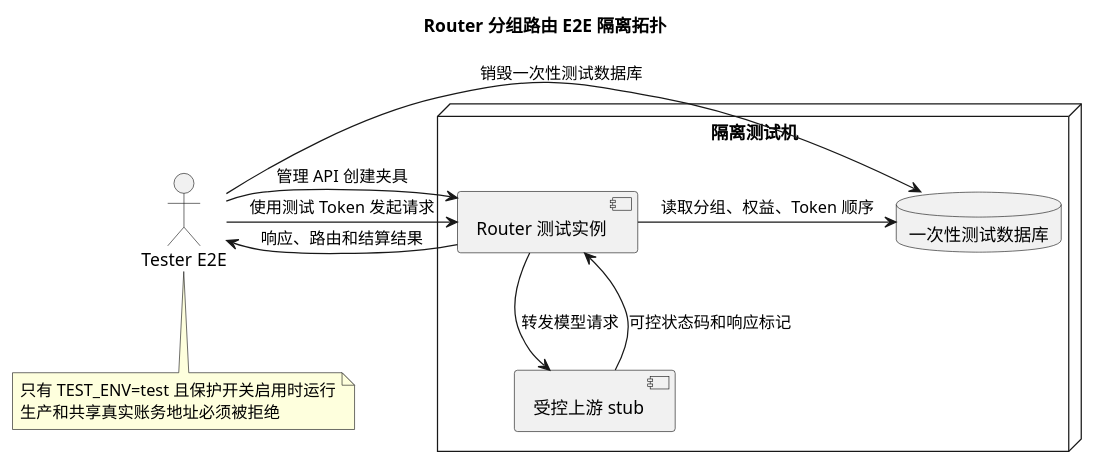
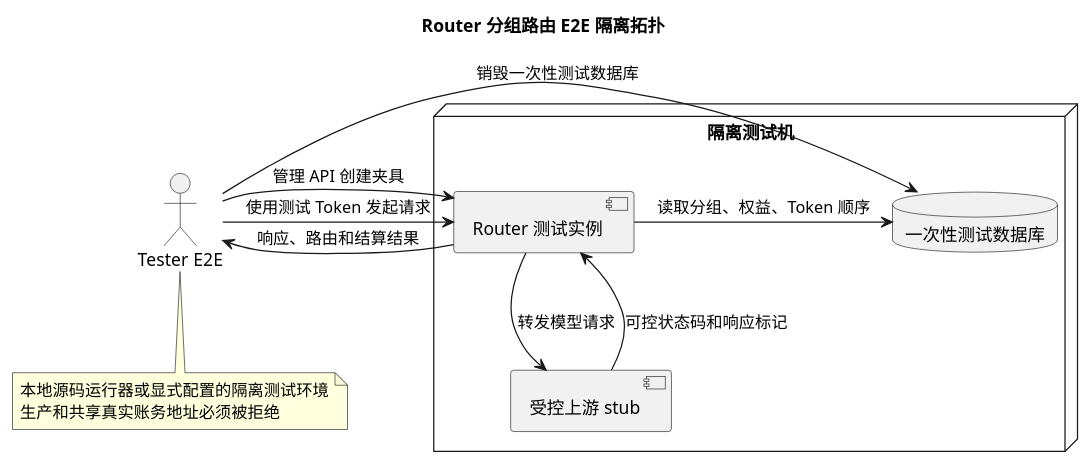
Before and after one commit to liuppx/tester: the first of 2 diagrams in docs/test-cases/router.md, drawn with PlantUML. The commit also changed other lines of this file and 3 other files, not shown here.

````diff
--- a/docs/test-cases/router.md
+++ b/docs/test-cases/router.md
@@ -1368,23 +1368,23 @@
 ```plantuml
 @startuml
 title Router 分组路由 E2E 隔离拓扑
 actor "Tester E2E" as Tester
 node "隔离测试机" {
   component "受控上游 stub" as Stub
   component "Router 测试实例" as Router
   database "一次性测试数据库" as DB
 }
 
 Tester -> Router: 管理 API 创建夹具
 Tester -> Router: 使用测试 Token 发起请求
 Router -> DB: 读取分组、权益、Token 顺序
 Router -> Stub: 转发模型请求
 Stub --> Router: 可控状态码和响应标记
 Router --> Tester: 响应、路由和结算结果
 Tester -> DB: 销毁一次性测试数据库
 note bottom of Tester
-  只有 TEST_ENV=test 且保护开关启用时运行
+  本地源码运行器或显式配置的隔离测试环境
   生产和共享真实账务地址必须被拒绝
 end note
 @enduml
 ```
````
